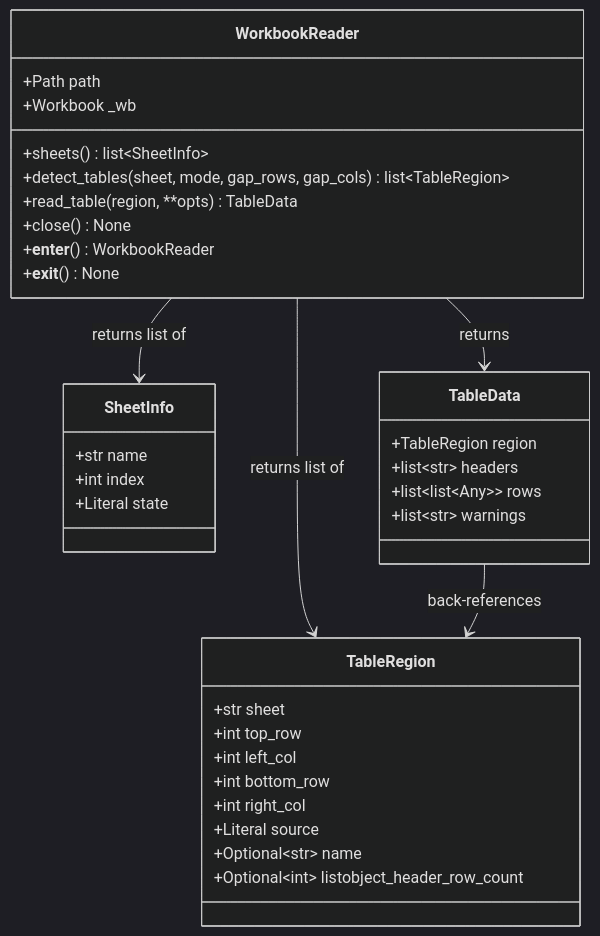
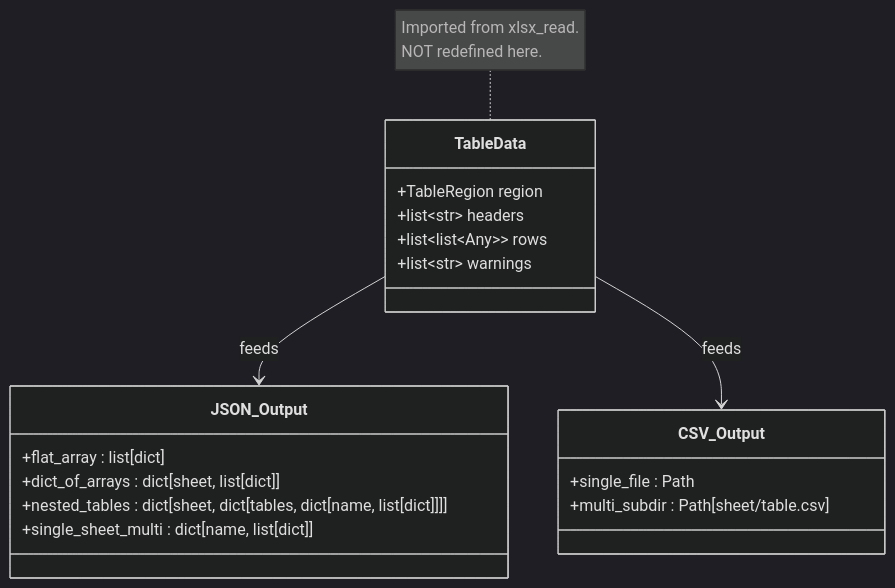
One commit to MatrixFounder/Universal-skills changed the third of 3 diagrams in docs/ARCHITECTURE.md. Above: the diagram before and after it, drawn with Mermaid (dark theme). The commit also changed other lines of this file and 16 other files, not shown here.

````diff
--- a/docs/ARCHITECTURE.md
+++ b/docs/ARCHITECTURE.md
@@ -602,38 +611,22 @@
 ```mermaid
 classDiagram
-    class WorkbookReader {
-        +Path path
-        +Workbook _wb
-        +sheets() list~SheetInfo~
-        +detect_tables(sheet, mode, gap_rows, gap_cols) list~TableRegion~
-        +read_table(region, **opts) TableData
-        +close() None
-        +__enter__() WorkbookReader
-        +__exit__() None
-    }
-    class SheetInfo {
-        +str name
-        +int index
-        +Literal state
-    }
-    class TableRegion {
-        +str sheet
-        +int top_row
-        +int left_col
-        +int bottom_row
-        +int right_col
-        +Literal source
-        +Optional~str~ name
-        +Optional~int~ listobject_header_row_count
-    }
     class TableData {
         +TableRegion region
         +list~str~ headers
         +list~list~Any~~ rows
         +list~str~ warnings
     }
-    WorkbookReader --> SheetInfo : returns list of
-    WorkbookReader --> TableRegion : returns list of
-    WorkbookReader --> TableData : returns
-    TableData --> TableRegion : back-references
+    class JSON_Output {
+        +flat_array : list[dict]
+        +dict_of_arrays : dict[sheet, list[dict]]
+        +nested_tables : dict[sheet, dict[tables, dict[name, list[dict]]]]
+        +single_sheet_multi : dict[name, list[dict]]
+    }
+    class CSV_Output {
+        +single_file : Path
+        +multi_subdir : Path[sheet/table.csv]
+    }
+    TableData --> JSON_Output : feeds
+    TableData --> CSV_Output : feeds
+    note for TableData "Imported from xlsx_read.<br/>NOT redefined here."
 ```
````
